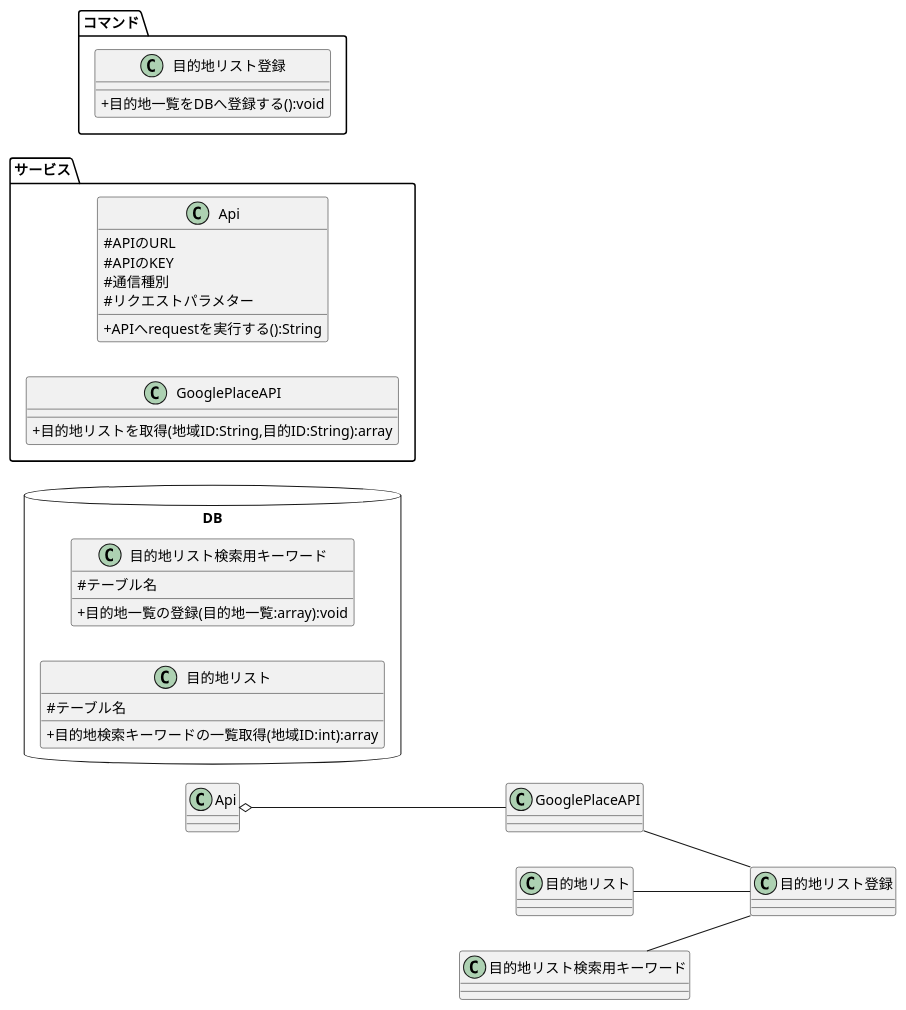
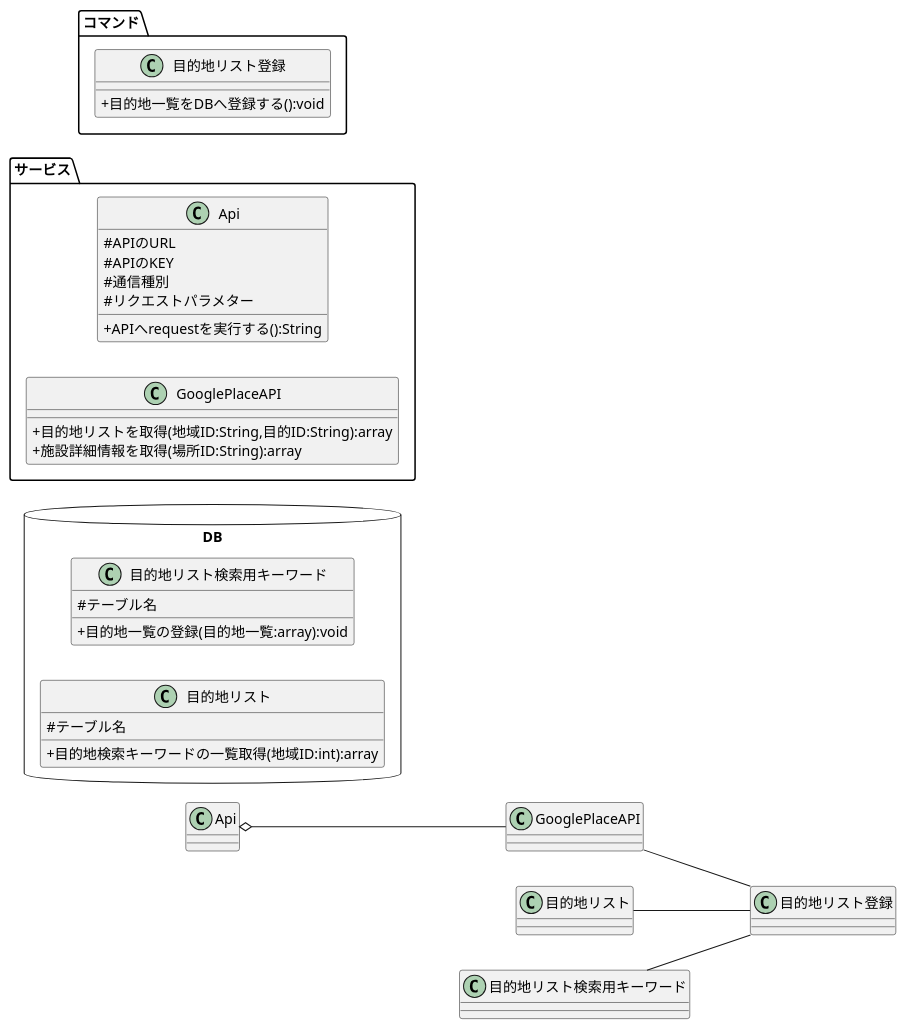
Before and after one commit to teamack20172020/sotukenTest: the diagram in 設計書/クラス図/済：システム1：目的地一覧をDBへ登録する.pu, drawn with PlantUML.

Commit message:
足りないメソッドの追記

```diff
--- a/設計書/クラス図/済：システム1：目的地一覧をDBへ登録する.pu
+++ b/設計書/クラス図/済：システム1：目的地一覧をDBへ登録する.pu
@@ -1,45 +1,46 @@
 @startuml
 
 skinparam classAttributeIconSize 0
 
 package DB <<Database>>  {
     left to right direction
     class 目的地リスト検索用キーワード {
         # テーブル名
         + 目的地一覧の登録(目的地一覧:array):void
     }
     
     class 目的地リスト{
         # テーブル名
         + 目的地検索キーワードの一覧取得(地域ID:int):array
     }
 }
 
 package サービス{
     left to right direction
     class Api {
         # APIのURL
         # APIのKEY
         # 通信種別
         # リクエストパラメター
         + APIへrequestを実行する():String
     }
 
     class GooglePlaceAPI {
         + 目的地リストを取得(地域ID:String,目的ID:String):array
+        + 施設詳細情報を取得(場所ID:String):array
     }
 
     .Api o-- .GooglePlaceAPI
 }
 
 package コマンド{
     class 目的地リスト登録 {
         + 目的地一覧をDBへ登録する():void
     }
 
     .GooglePlaceAPI -- .目的地リスト登録
     .目的地リスト -- .目的地リスト登録
     .目的地リスト検索用キーワード -- .目的地リスト登録
 }
 
 @enduml
```
